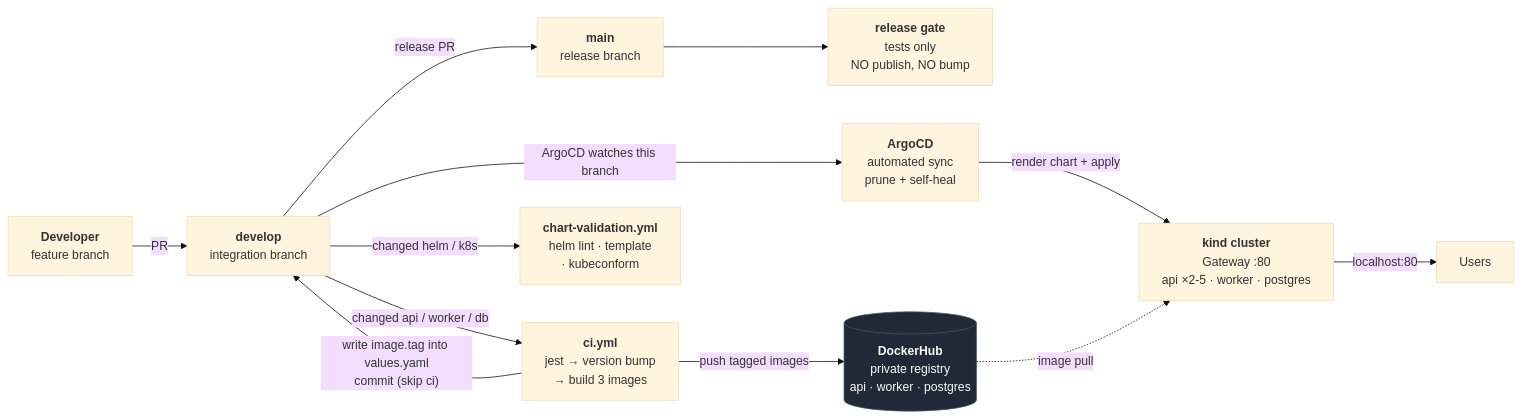
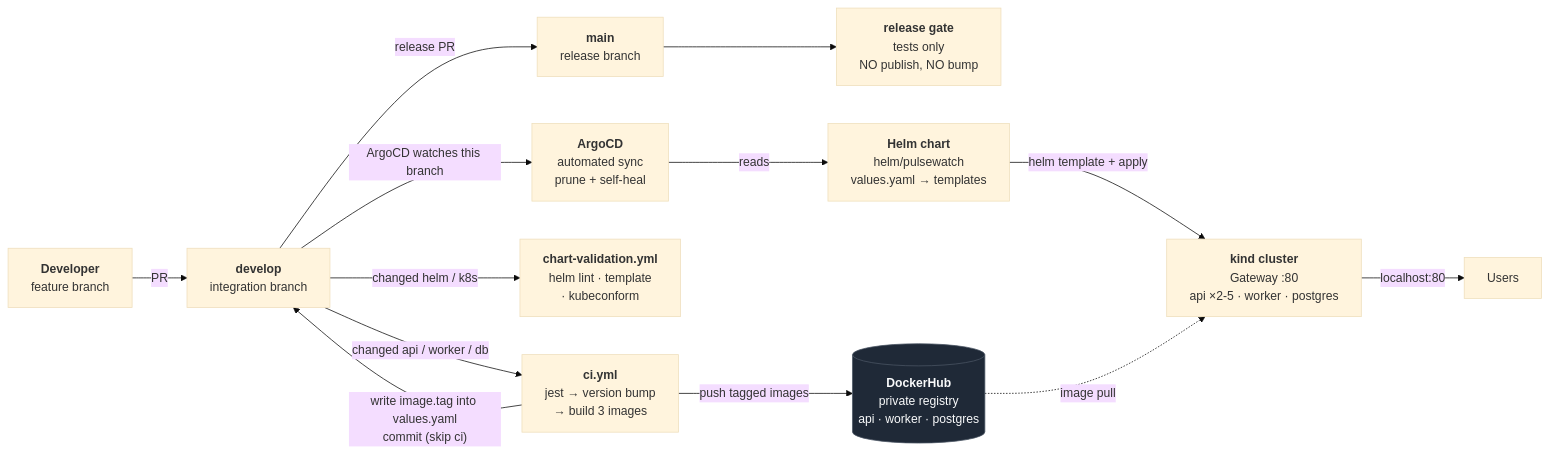
One commit to Youssef-hisham61/pulsewatch changed the second of 3 diagrams in README.md. Above: the diagram before and after it, drawn with Mermaid (base theme). The commit also changed other lines of this file, not shown here.

First line of the commit message:
docs: add cluster topology diagram, make Helm explicit in the delivery cycle

````diff
--- a/README.md
+++ b/README.md
@@ -150,30 +150,32 @@
 ```mermaid
 flowchart LR
     dev["<b>Developer</b><br/>feature branch"]
     develop["<b>develop</b><br/>integration branch"]
     main["<b>main</b><br/>release branch"]
 
     ci["<b>ci.yml</b><br/>jest → version bump<br/>→ build 3 images"]
     cv["<b>chart-validation.yml</b><br/>helm lint · template<br/>· kubeconform"]
     gate["<b>release gate</b><br/>tests only<br/>NO publish, NO bump"]
 
     hub[("<b>DockerHub</b><br/>private registry<br/>api · worker · postgres")]
     argo["<b>ArgoCD</b><br/>automated sync<br/>prune + self-heal"]
+    chart["<b>Helm chart</b><br/>helm/pulsewatch<br/>values.yaml → templates"]
     k8s["<b>kind cluster</b><br/>Gateway :80<br/>api ×2-5 · worker · postgres"]
     users["Users"]
 
     dev -->|PR| develop
     develop -->|"changed api / worker / db"| ci
     develop -->|"changed helm / k8s"| cv
     ci -->|"push tagged images"| hub
     ci -->|"write image.tag into values.yaml<br/>commit (skip ci)"| develop
     develop -->|"ArgoCD watches this branch"| argo
-    argo -->|"render chart + apply"| k8s
+    argo -->|"reads"| chart
+    chart -->|"helm template + apply"| k8s
     hub -.->|"image pull"| k8s
     k8s -->|"localhost:80"| users
     develop -->|"release PR"| main
     main --> gate
 
     classDef store fill:#1f2937,stroke:#4b5563,color:#f9fafb
     class hub store
 ```
````
